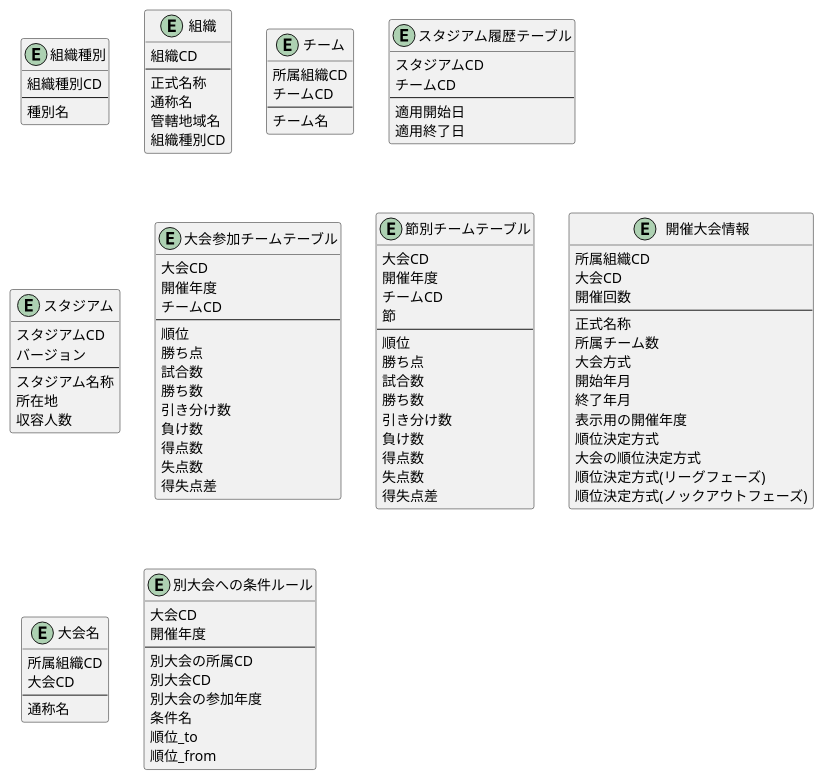
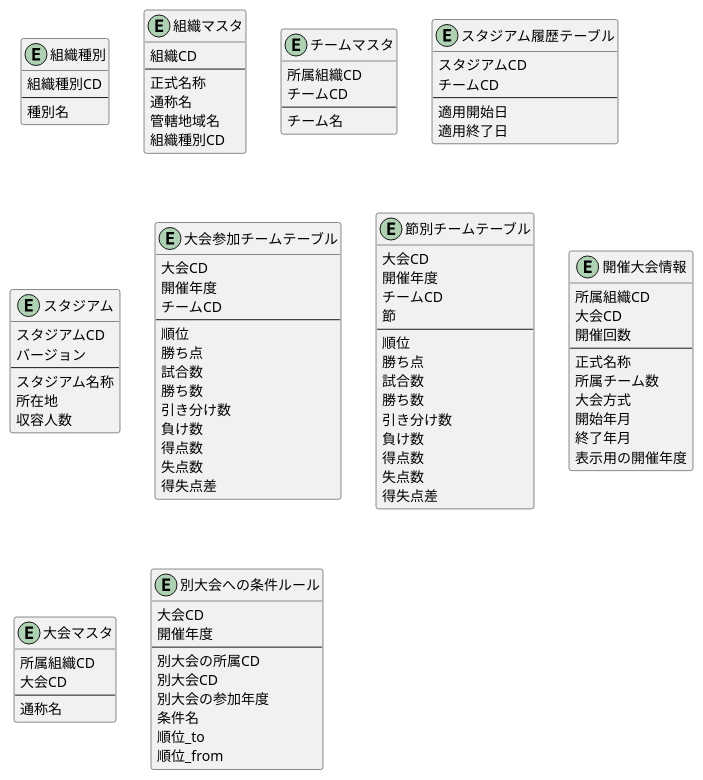
The diagram in soccker_db.puml (LCC-SYamada/SocckerDB_PlantUML), drawn with PlantUML before and after one commit.

Commit message:
わかりやすいようにマスタをテーブル名に追加する

```diff
--- a/soccker_db.puml
+++ b/soccker_db.puml
@@ -1,111 +1,107 @@
 @startuml
 
 Entity "組織種別" as OrganizationType {
   組織種別CD
   --
   種別名
 }
 
-Entity "組織" as Organization {
+Entity "組織マスタ" as Organization {
   組織CD
   --
   正式名称
   通称名
   管轄地域名
   組織種別CD
 }
 
-Entity "チーム" as Team {
+Entity "チームマスタ" as Team {
   所属組織CD
   チームCD
   --
   チーム名
 }
 
 Entity "スタジアム履歴テーブル" as StadiumHistory {
   スタジアムCD
   チームCD
   --
   適用開始日
   適用終了日
 }
 
 Entity "スタジアム" as Stadium {
   スタジアムCD
   バージョン
   --
   スタジアム名称
   所在地
   収容人数
 }
 
 Entity "大会参加チームテーブル" as SeaSonTournament {
   大会CD
   開催年度
   チームCD
   --
   順位
   勝ち点
   試合数
   勝ち数
   引き分け数
   負け数
   得点数
   失点数
   得失点差  
 }
 
 Entity "節別チームテーブル" as MatchDayRank {
   大会CD
   開催年度
   チームCD
   節
   --
   順位
   勝ち点
   試合数
   勝ち数
   引き分け数
   負け数
   得点数
   失点数
   得失点差  
 }
 
 Entity "開催大会情報" as TournamentInfo {
   所属組織CD
   大会CD
   開催回数
   --
   正式名称
   所属チーム数
   大会方式
   開始年月
   終了年月
   表示用の開催年度
-  順位決定方式
-  大会の順位決定方式
-  順位決定方式(リーグフェーズ)
-  順位決定方式(ノックアウトフェーズ)
 }
 
-Entity "大会名" as Tournament {
+Entity "大会マスタ" as Tournament {
   所属組織CD
   大会CD
   --
   通称名
 }
 
 Entity "別大会への条件ルール" as TournamentDetail {
   大会CD
   開催年度
   --
   別大会の所属CD
   別大会CD
   別大会の参加年度
   条件名
   順位_to
   順位_from
 }
 
 @enduml
```
